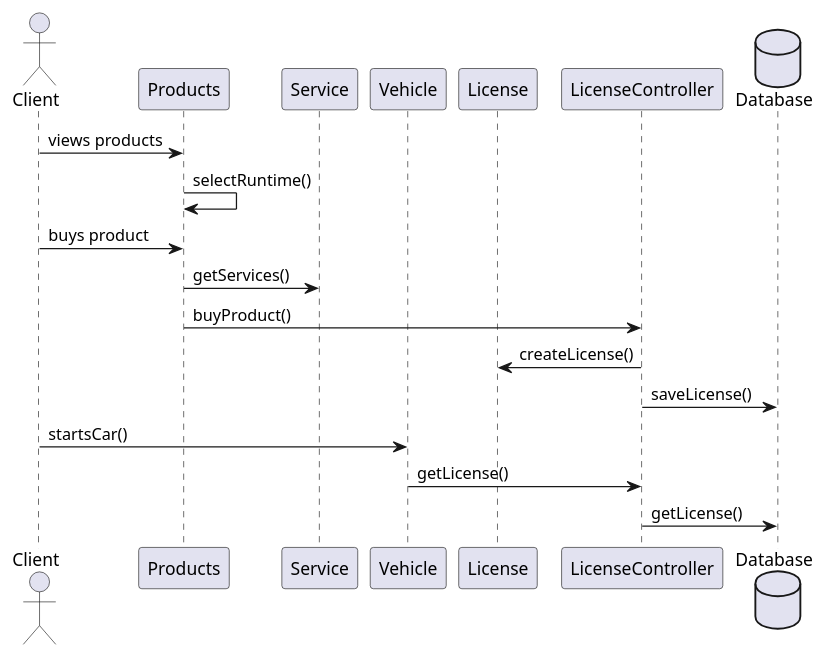
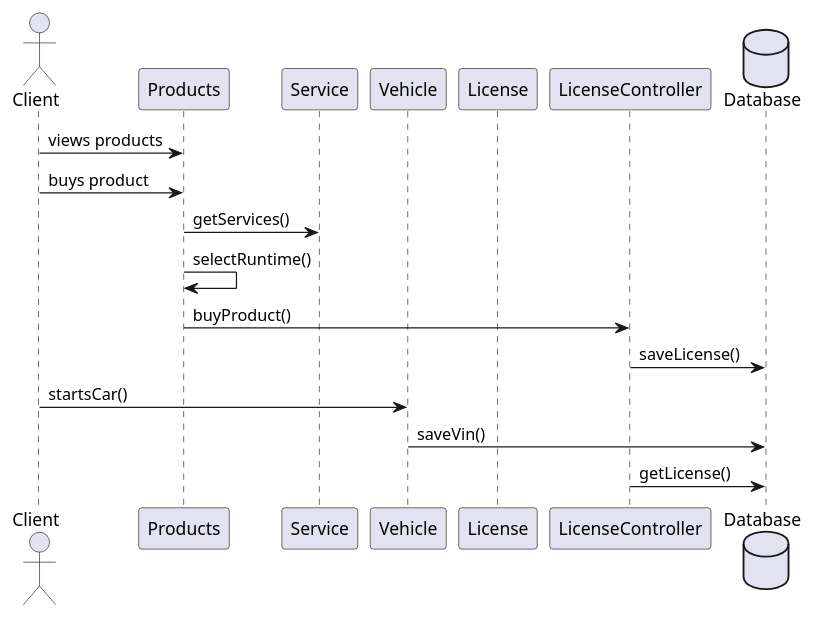
Before and after one commit to ljbg1996/car-backend: the diagram in 1.1. SequenceDiagram.puml, drawn with PlantUML. The commit also changed 1 other file, not shown here.

```diff
--- a/1.1. SequenceDiagram.puml
+++ b/1.1. SequenceDiagram.puml
@@ -1,25 +1,24 @@
 @startuml
 'https://plantuml.com/sequence-diagram
 
 actor Client as c
 participant Products as p
 participant Service as s
 participant Vehicle as v
 participant License as l
 participant LicenseController as lc
 database Database as db
 
 c->p: views products
-p->p: selectRuntime()
 c->p: buys product
 p->s: getServices()
+p->p: selectRuntime()
 p->lc: buyProduct()
-lc->l: createLicense()
 lc->db: saveLicense()
 c->v: startsCar()
-v->lc:getLicense()
+v->db:saveVin()
 lc->db:getLicense()
 
 
 
 @enduml
```
